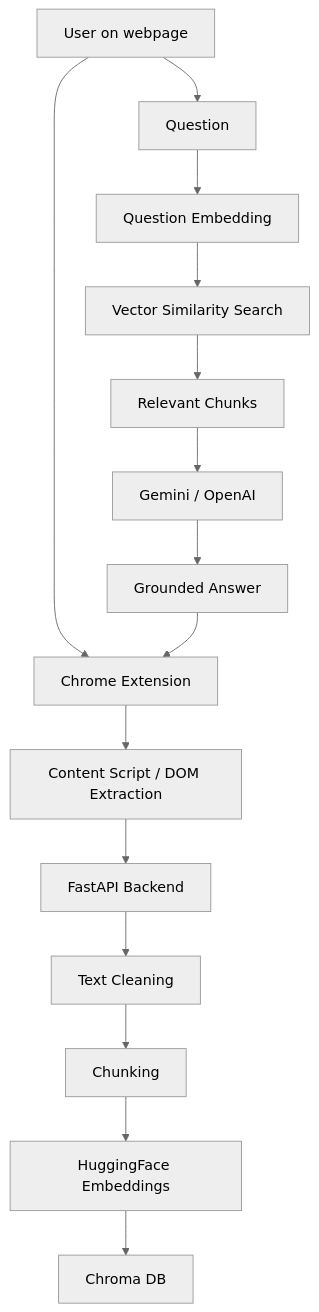
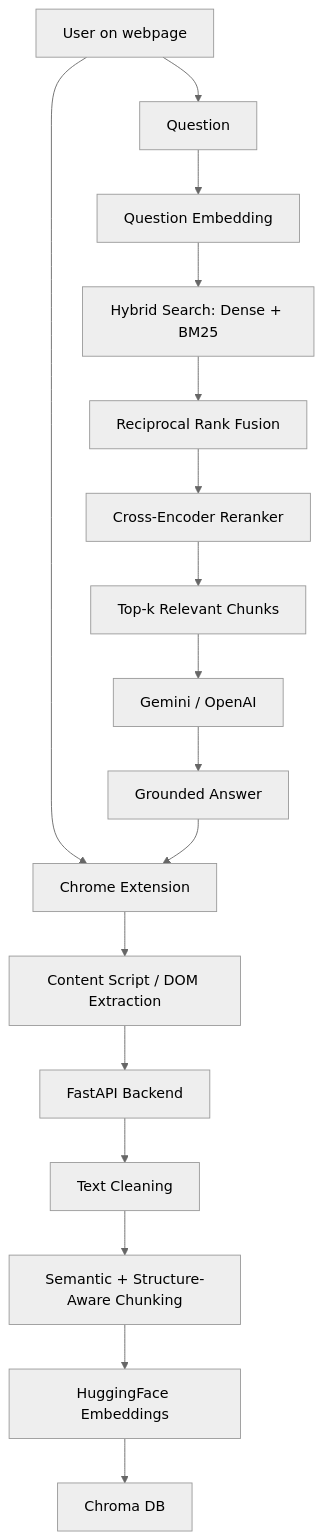
The diagram in README.md (solutionundertaken95/Changayi), drawn with Mermaid (neutral theme) before and after one commit. The commit also changed other lines of this file and 4 other files, not shown here.

````diff
--- a/README.md
+++ b/README.md
@@ -62,17 +69,19 @@
 ```mermaid
 flowchart TD
     User[User on webpage] --> Extension[Chrome Extension]
     Extension --> Scrape[Content Script / DOM Extraction]
     Scrape --> Backend[FastAPI Backend]
     Backend --> Cleaner[Text Cleaning]
-    Cleaner --> Chunker[Chunking]
+    Cleaner --> Chunker[Semantic + Structure-Aware Chunking]
     Chunker --> Embedder[HuggingFace Embeddings]
     Embedder --> Chroma[Chroma DB]
     User --> Question[Question]
     Question --> EmbedderQ[Question Embedding]
-    EmbedderQ --> Search[Vector Similarity Search]
-    Search --> Relevant[Relevant Chunks]
+    EmbedderQ --> Search[Hybrid Search: Dense + BM25]
+    Search --> Fuse[Reciprocal Rank Fusion]
+    Fuse --> Rerank[Cross-Encoder Reranker]
+    Rerank --> Relevant[Top-k Relevant Chunks]
     Relevant --> LLM[Gemini / OpenAI]
     LLM --> Answer[Grounded Answer]
     Answer --> Extension
 ```
````
